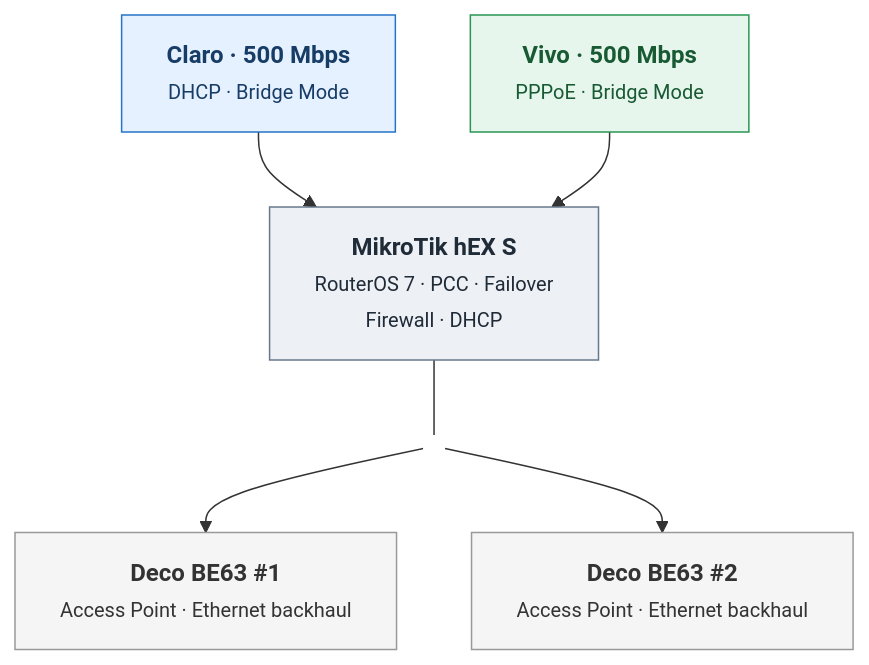
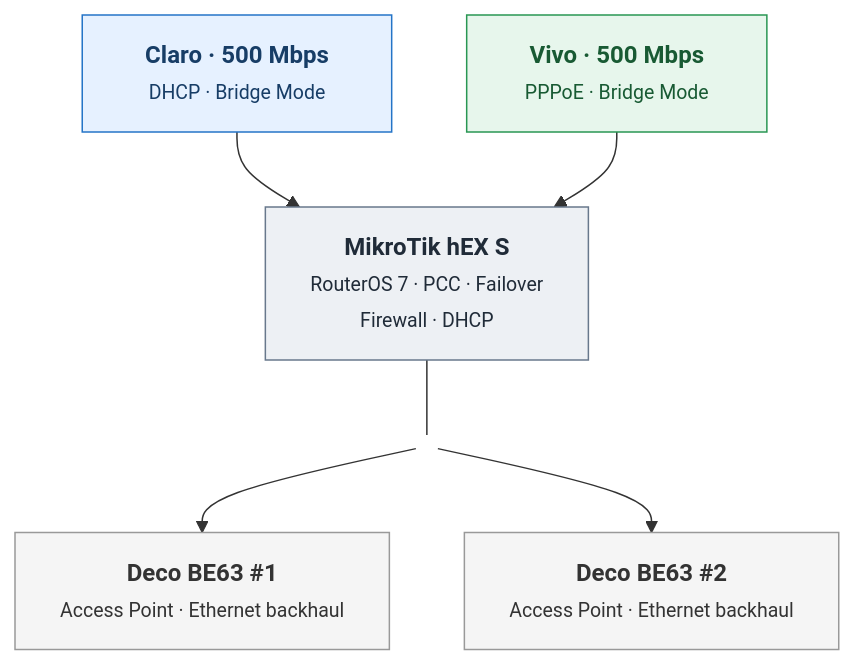
Before and after one commit to london36/mikrotik-dualwan-pcc-failover-monitoring: the diagram in docs/mermaid-topology-preview.md, drawn with Mermaid. The commit also changed other lines of this file, not shown here.

Commit message:
docs: test wider Mermaid nodes and alternative subtitle sizing

````diff
--- a/docs/mermaid-topology-preview.md
+++ b/docs/mermaid-topology-preview.md
@@ -5,27 +7,27 @@
 ```mermaid
 flowchart TB
-    C["<b>Claro · 500 Mbps</b><br/><small>DHCP · Bridge Mode</small>"]
-    V["<b>Vivo · 500 Mbps</b><br/><small>PPPoE · Bridge Mode</small>"]
-    M["<b>MikroTik hEX S</b><br/><small>RouterOS 7 · PCC · Failover<br/>Firewall · DHCP</small>"]
+    C["&nbsp;&nbsp;&nbsp;<b>Claro · 500 Mbps</b>&nbsp;&nbsp;&nbsp;<br/><font size='2'>DHCP · Bridge Mode</font>"]
+    V["&nbsp;&nbsp;&nbsp;<b>Vivo · 500 Mbps</b>&nbsp;&nbsp;&nbsp;<br/><font size='2'>PPPoE · Bridge Mode</font>"]
+    M["&nbsp;&nbsp;&nbsp;&nbsp;<b>MikroTik hEX S</b>&nbsp;&nbsp;&nbsp;&nbsp;<br/><font size='2'>RouterOS 7 · PCC · Failover<br/>Firewall · DHCP</font>"]
     J((" "))
-    D1["<b>Deco BE63 #1</b><br/><small>Access Point · Ethernet backhaul</small>"]
-    D2["<b>Deco BE63 #2</b><br/><small>Access Point · Ethernet backhaul</small>"]
+    D1["&nbsp;&nbsp;&nbsp;<b>Deco BE63 #1</b>&nbsp;&nbsp;&nbsp;<br/><font size='2'>Access Point · Ethernet backhaul</font>"]
+    D2["&nbsp;&nbsp;&nbsp;<b>Deco BE63 #2</b>&nbsp;&nbsp;&nbsp;<br/><font size='2'>Access Point · Ethernet backhaul</font>"]
 
     C --> M
     V --> M
     M --- J
     J --> D1
     J --> D2
 
     classDef claro fill:#e6f1ff,stroke:#2474c7,color:#173d66
     classDef vivo fill:#e7f6ec,stroke:#299653,color:#185a33
     classDef router fill:#edf0f4,stroke:#68788c,color:#202b38
     classDef deco fill:#f5f5f5,stroke:#999,color:#333
     classDef junction fill:transparent,stroke:transparent,color:transparent
 
     class C claro
     class V vivo
     class M router
     class D1,D2 deco
     class J junction
 ```
````
